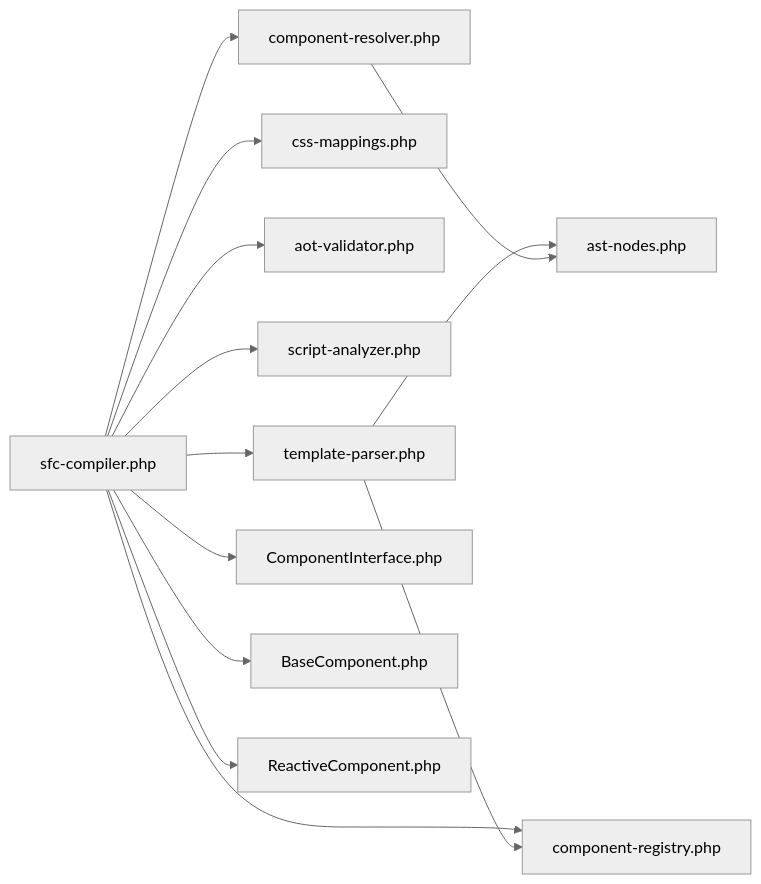
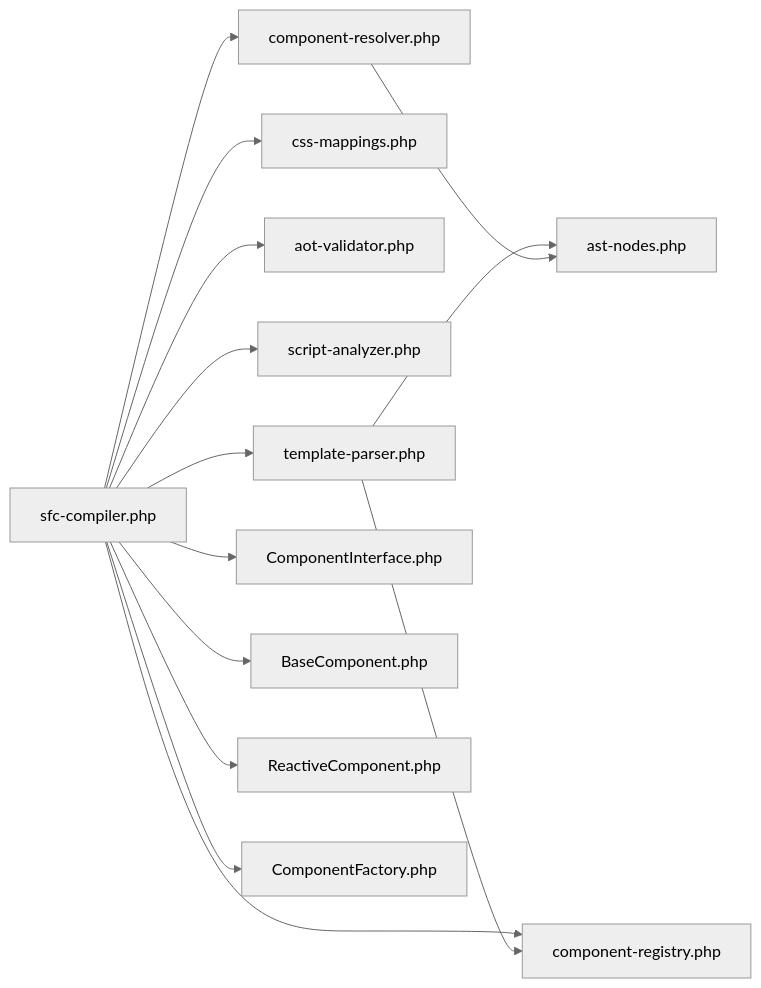
Before and after one commit to xingye00186/PUI: diagram 11 of 11 in .qoder/repowiki/zh/content/核心架构设计/编译器架构.md, drawn with Mermaid (neutral theme). The commit also changed other lines of this file and 10 other files, not shown here.

````diff
--- a/.qoder/repowiki/zh/content/核心架构设计/编译器架构.md
+++ b/.qoder/repowiki/zh/content/核心架构设计/编译器架构.md
@@ -456,15 +489,16 @@
 ```mermaid
 graph LR
 SC["sfc-compiler.php"] --> TP["template-parser.php"]
 SC --> CSS["css-mappings.php"]
 SC --> VAL["aot-validator.php"]
 SC --> SA["script-analyzer.php"]
 SC --> CR["component-registry.php"]
 SC --> RES["component-resolver.php"]
 TP --> AN["ast-nodes.php"]
 TP --> CR
 RES --> AN
 SC --> IF["ComponentInterface.php"]
 SC --> BC["BaseComponent.php"]
 SC --> RC["ReactiveComponent.php"]
+SC --> CF["ComponentFactory.php"]
 ```
````
